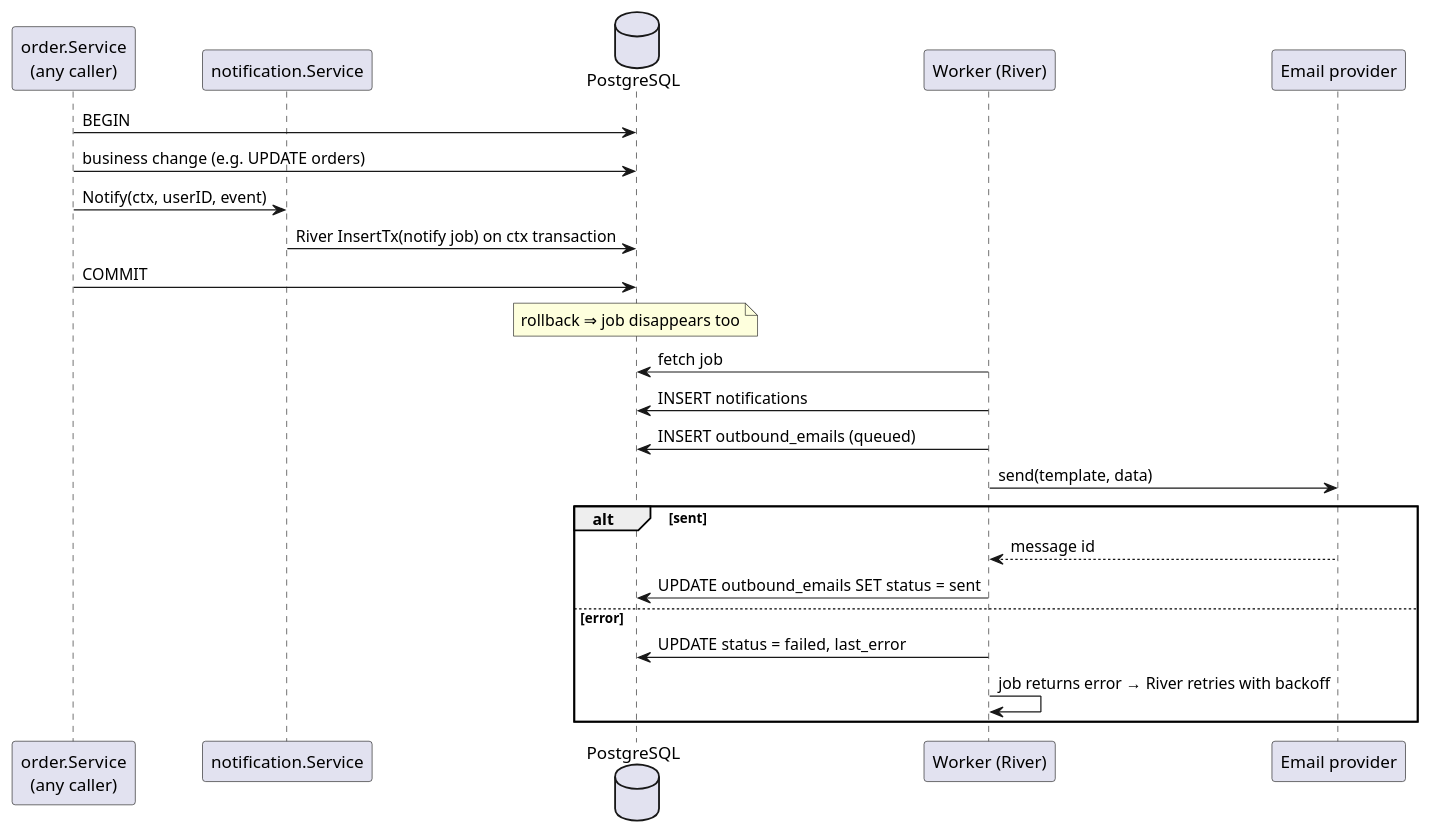
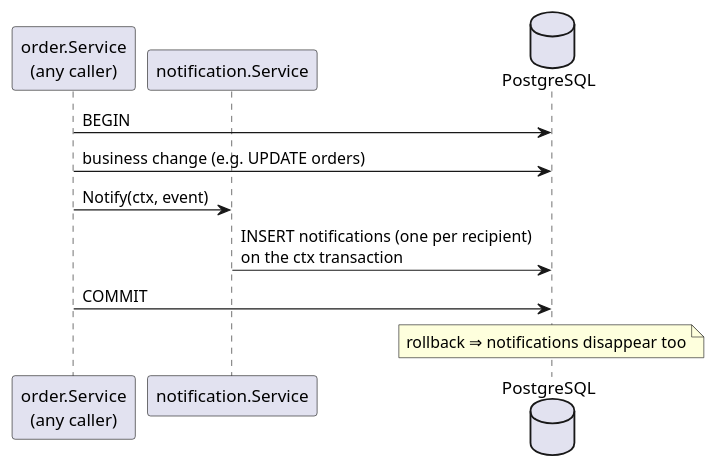
The second of 3 diagrams in docs/features/notification.md (Titip-Dong/titipdong-be), drawn with PlantUML before and after one commit. The commit also changed other lines of this file and 11 other files, not shown here.

````diff
--- a/docs/features/notification.md
+++ b/docs/features/notification.md
@@ -141,28 +114,14 @@
 ```plantuml
 @startuml
 participant "order.Service\n(any caller)" as C
 participant "notification.Service" as N
 database PostgreSQL as DB
-participant "Worker (River)" as W
-participant "Email provider" as E
 
 C -> DB : BEGIN
 C -> DB : business change (e.g. UPDATE orders)
-C -> N : Notify(ctx, userID, event)
-N -> DB : River InsertTx(notify job) on ctx transaction
+C -> N : Notify(ctx, event)
+N -> DB : INSERT notifications (one per recipient)\non the ctx transaction
 C -> DB : COMMIT
-note over DB : rollback ⇒ job disappears too
-
-W -> DB : fetch job
-W -> DB : INSERT notifications
-W -> DB : INSERT outbound_emails (queued)
-W -> E : send(template, data)
-alt sent
-  E --> W : message id
-  W -> DB : UPDATE outbound_emails SET status = sent
-else error
-  W -> DB : UPDATE status = failed, last_error
-  W -> W : job returns error → River retries with backoff
-end
+note over DB : rollback ⇒ notifications disappear too
 @enduml
 ```
````
